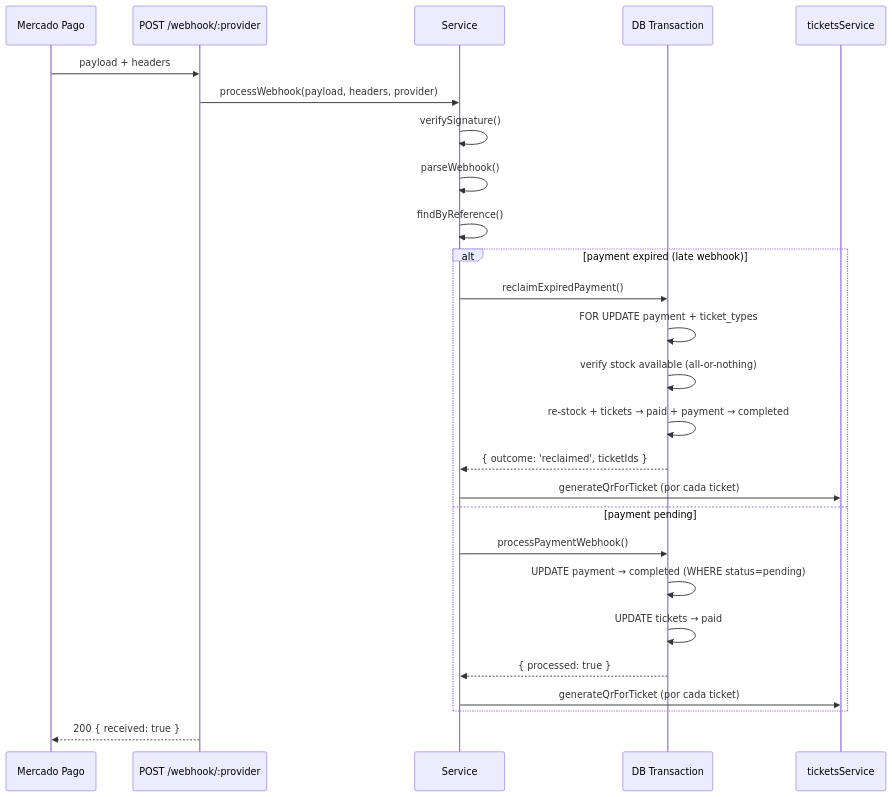
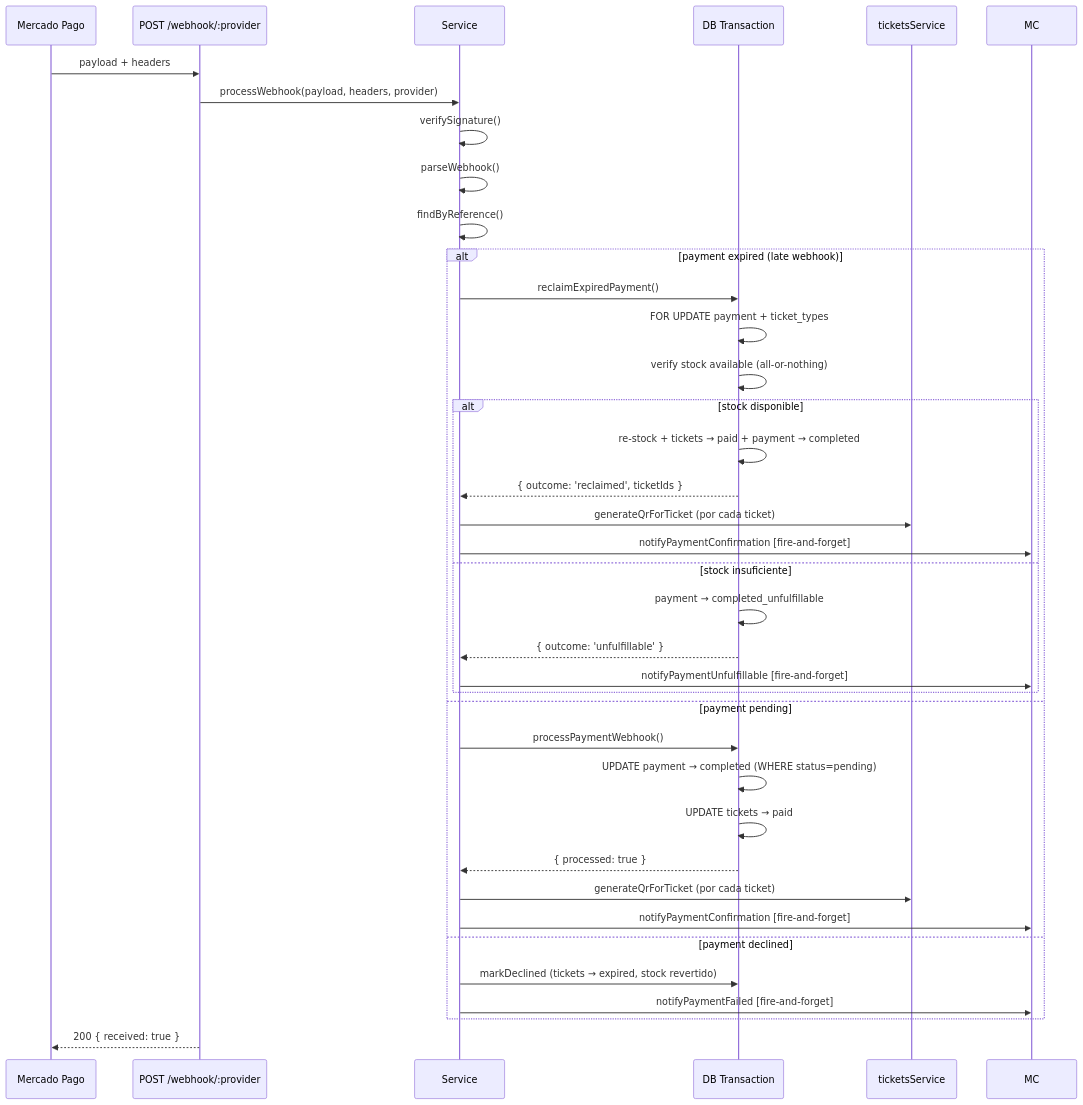
The second of 4 diagrams in backend/src/modules/payments/README.md (User281167/venta-de-tickets), drawn with Mermaid before and after one commit. The commit also changed other lines of this file and 4 other files, not shown here.

````diff
--- a/backend/src/modules/payments/README.md
+++ b/backend/src/modules/payments/README.md
@@ -141,29 +157,40 @@
 ```mermaid
 sequenceDiagram
     participant MP as Mercado Pago
     participant API as POST /webhook/:provider
     participant S as Service
     participant Tx as DB Transaction
     participant TS as ticketsService
 
     MP->>API: payload + headers
     API->>S: processWebhook(payload, headers, provider)
     S->>S: verifySignature()
     S->>S: parseWebhook()
     S->>S: findByReference()
     alt payment expired (late webhook)
         S->>Tx: reclaimExpiredPayment()
         Tx->>Tx: FOR UPDATE payment + ticket_types
         Tx->>Tx: verify stock available (all-or-nothing)
-        Tx->>Tx: re-stock + tickets → paid + payment → completed
-        Tx-->>S: { outcome: 'reclaimed', ticketIds }
-        S->>TS: generateQrForTicket (por cada ticket)
+        alt stock disponible
+            Tx->>Tx: re-stock + tickets → paid + payment → completed
+            Tx-->>S: { outcome: 'reclaimed', ticketIds }
+            S->>TS: generateQrForTicket (por cada ticket)
+            S->>MC: notifyPaymentConfirmation [fire-and-forget]
+        else stock insuficiente
+            Tx->>Tx: payment → completed_unfulfillable
+            Tx-->>S: { outcome: 'unfulfillable' }
+            S->>MC: notifyPaymentUnfulfillable [fire-and-forget]
+        end
     else payment pending
         S->>Tx: processPaymentWebhook()
         Tx->>Tx: UPDATE payment → completed (WHERE status=pending)
         Tx->>Tx: UPDATE tickets → paid
         Tx-->>S: { processed: true }
         S->>TS: generateQrForTicket (por cada ticket)
+        S->>MC: notifyPaymentConfirmation [fire-and-forget]
+    else payment declined
+        S->>Tx: markDeclined (tickets → expired, stock revertido)
+        S->>MC: notifyPaymentFailed [fire-and-forget]
     end
     API-->>MP: 200 { received: true }
 ```
````
